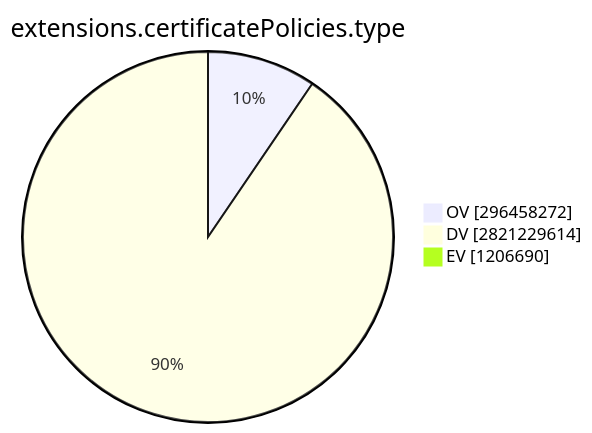
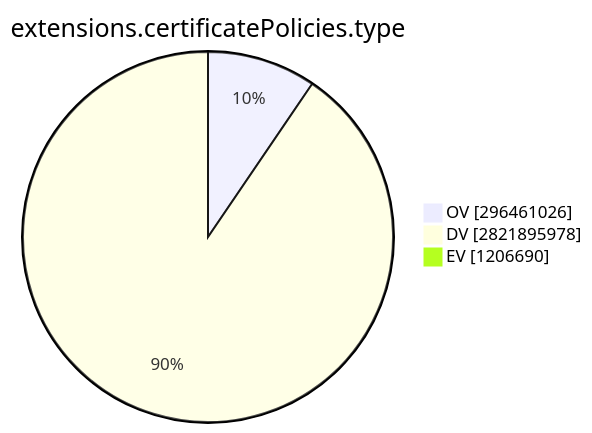
The ninth of 15 diagrams in TOTAL/README.md (christiankrug/ctmonitor_visualization), drawn with Mermaid before and after one commit. The commit also changed other lines of this file, not shown here.

````diff
--- a/TOTAL/README.md
+++ b/TOTAL/README.md
@@ -3099,7 +3099,7 @@
 ```mermaid
 pie showData
 title extensions.certificatePolicies.type
-"OV" :296458272
-"DV" :2821229614
+"OV" :296461026
+"DV" :2821895978
 "EV" :1206690
 ```
````
